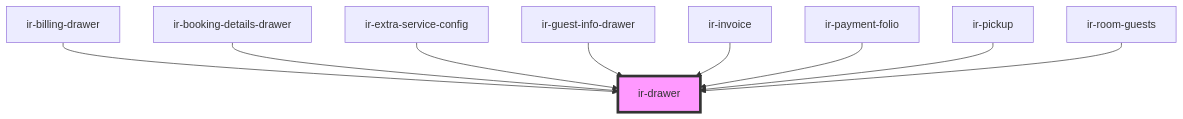
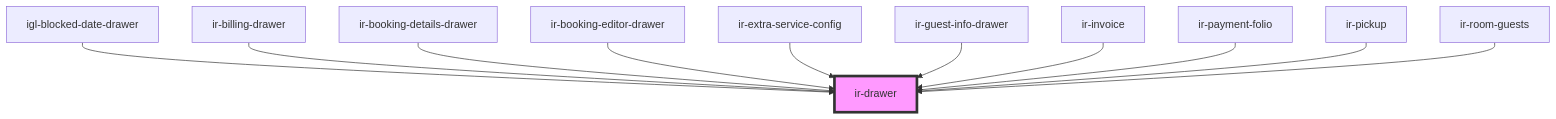
One commit to David1Chowaifaty/modified-ir-webcmp changed the diagram in src/components/ir-drawer/readme.md. Above: the diagram before and after it, drawn with Mermaid. The commit also changed other lines of this file and 56 other files, not shown here.

First line of the commit message:
Enhance IrBookingEditor and related components with new validation and input handling

````diff
--- a/src/components/ir-drawer/readme.md
+++ b/src/components/ir-drawer/readme.md
@@ -41,12 +43,14 @@
 ```mermaid
 graph TD;
+  igl-blocked-date-drawer --> ir-drawer
   ir-billing-drawer --> ir-drawer
   ir-booking-details-drawer --> ir-drawer
+  ir-booking-editor-drawer --> ir-drawer
   ir-extra-service-config --> ir-drawer
   ir-guest-info-drawer --> ir-drawer
   ir-invoice --> ir-drawer
   ir-payment-folio --> ir-drawer
   ir-pickup --> ir-drawer
   ir-room-guests --> ir-drawer
   style ir-drawer fill:#f9f,stroke:#333,stroke-width:4px
 ```
````
